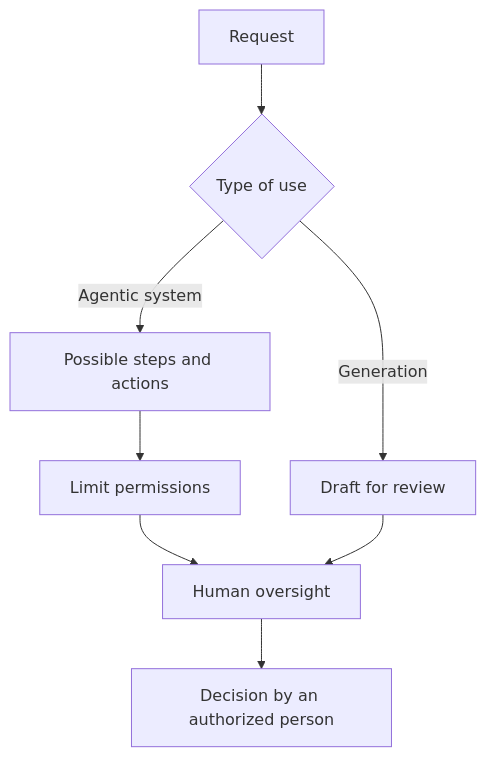
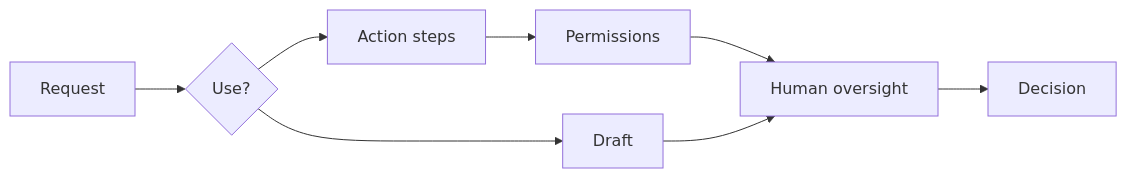
One commit to Ange230700/ibm-ai-foundations-for-everyone-notes changed the diagram in teaching/visuals/s02/en/agents.mmd. Above: the diagram before and after it, drawn with Mermaid. The commit also changed 54 other files, not shown here.

Commit message:
fix(presentations): improve teaching diagram legibility

```diff
--- a/teaching/visuals/s02/en/agents.mmd
+++ b/teaching/visuals/s02/en/agents.mmd
@@ -1,8 +1,8 @@
-flowchart TB
- A["Request"] --> B{"Type of use"}
- B -->|Generation| C["Draft for review"]
- B -->|Agentic system| D["Possible steps and actions"]
- D --> E["Limit permissions"]
+flowchart LR
+ A["Request"] --> B{"Use?"}
+ B --> C["Draft"]
+ B --> D["Action steps"]
+ D --> E["Permissions"]
  E --> F["Human oversight"]
  C --> F
- F --> G["Decision by an authorized person"]
+ F --> G["Decision"]
```
